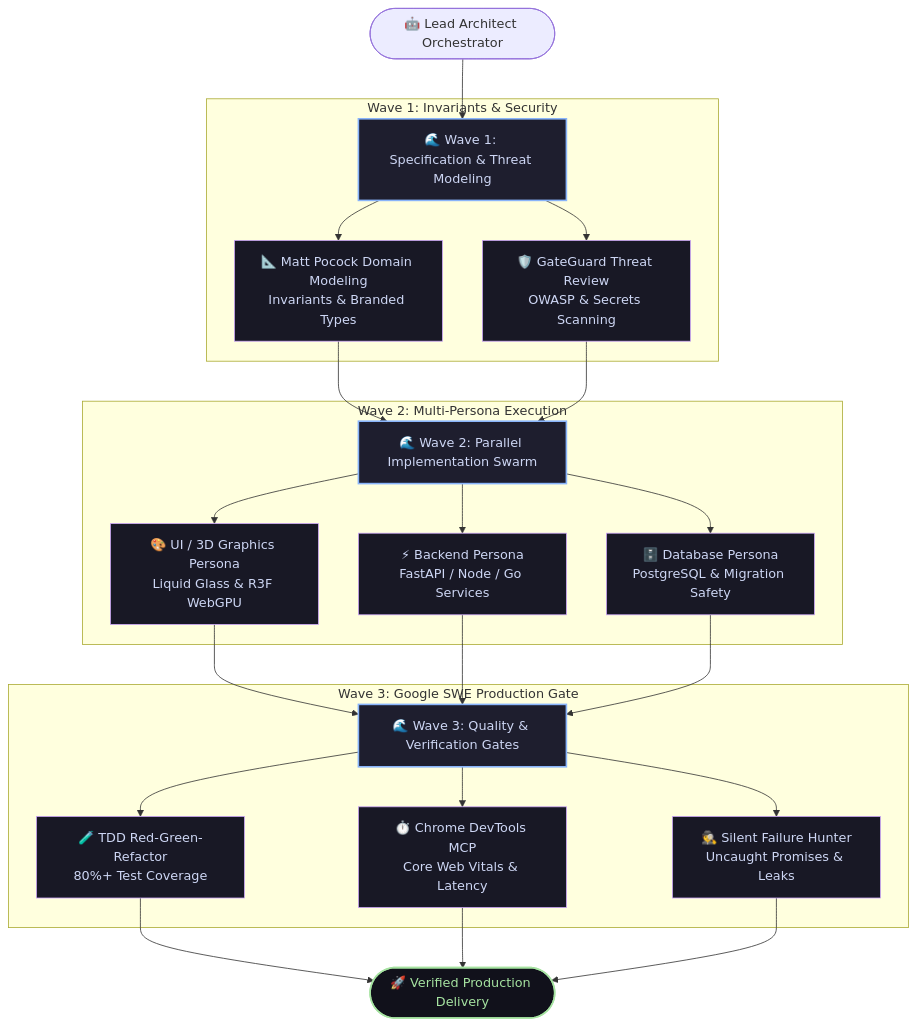
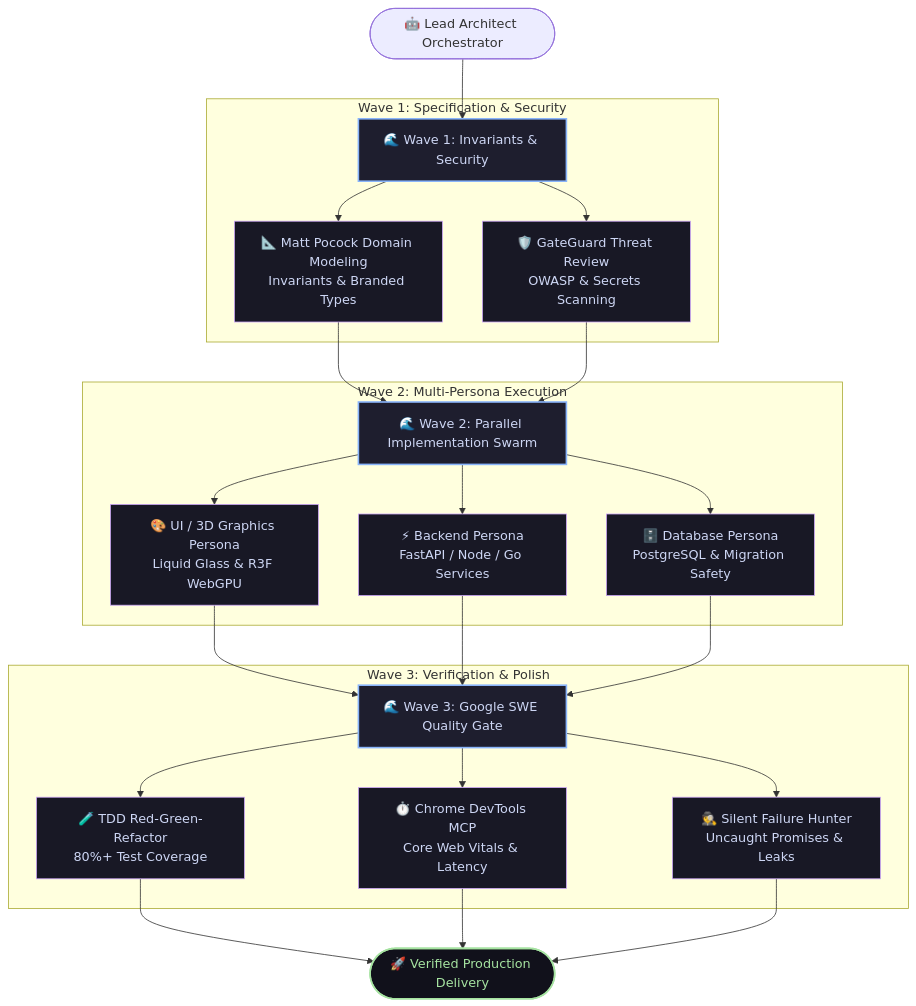
One commit to Omkarop0808/ECCAV2-antigravity changed the fourth of 4 diagrams in README.md. Above: the diagram before and after it, drawn with Mermaid. The commit also changed other lines of this file, not shown here.

Commit message:
docs: streamline README into a high-impact, scannable architecture overview

````diff
--- a/README.md
+++ b/README.md
@@ -374,34 +203,34 @@
 ```mermaid
 flowchart TD
-    Orchestrator([🤖 Lead Architect Orchestrator]) --> Wave1[🌊 Wave 1: Specification & Threat Modeling]
+    Orchestrator([🤖 Lead Architect Orchestrator]) --> Wave1[🌊 Wave 1: Invariants & Security]
     
-    subgraph Wave1Group ["Wave 1: Invariants & Security"]
+    subgraph Wave1Group ["Wave 1: Specification & Security"]
         Wave1 --> Domain[📐 Matt Pocock Domain Modeling\nInvariants & Branded Types]
         Wave1 --> Security[🛡️ GateGuard Threat Review\nOWASP & Secrets Scanning]
     end
     
     Domain & Security --> Wave2[🌊 Wave 2: Parallel Implementation Swarm]
     
     subgraph Wave2Group ["Wave 2: Multi-Persona Execution"]
         Wave2 --> UI[🎨 UI / 3D Graphics Persona\nLiquid Glass & R3F WebGPU]
         Wave2 --> Backend[⚡ Backend Persona\nFastAPI / Node / Go Services]
         Wave2 --> DB[🗄️ Database Persona\nPostgreSQL & Migration Safety]
     end
     
-    UI & Backend & DB --> Wave3[🌊 Wave 3: Quality & Verification Gates]
+    UI & Backend & DB --> Wave3[🌊 Wave 3: Google SWE Quality Gate]
     
-    subgraph Wave3Group ["Wave 3: Google SWE Production Gate"]
+    subgraph Wave3Group ["Wave 3: Verification & Polish"]
         Wave3 --> TDD[🧪 TDD Red-Green-Refactor\n80%+ Test Coverage]
         Wave3 --> Vitals[⏱️ Chrome DevTools MCP\nCore Web Vitals & Latency]
         Wave3 --> Hunter[🕵️ Silent Failure Hunter\nUncaught Promises & Leaks]
     end
     
     TDD & Vitals & Hunter --> Complete([🚀 Verified Production Delivery])
     
     classDef wave fill:#1e1e2e,stroke:#89b4fa,stroke-width:2px,color:#cdd6f4;
     classDef sub fill:#181825,stroke:#cba6f7,stroke-width:1px,color:#cdd6f4;
     classDef success fill:#11111b,stroke:#a6e3a1,stroke-width:2px,color:#a6e3a1;
     class Wave1,Wave2,Wave3 wave;
     class Domain,Security,UI,Backend,DB,TDD,Vitals,Hunter sub;
     class Complete success;
 ```
````
